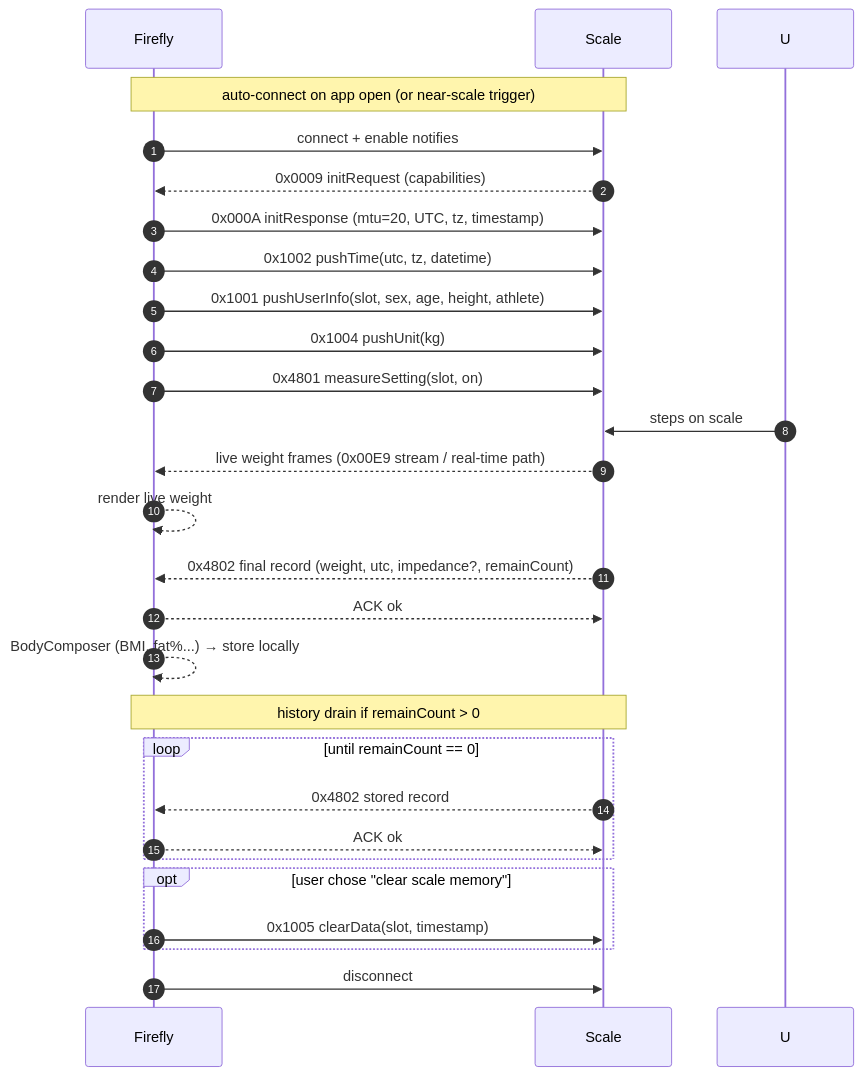
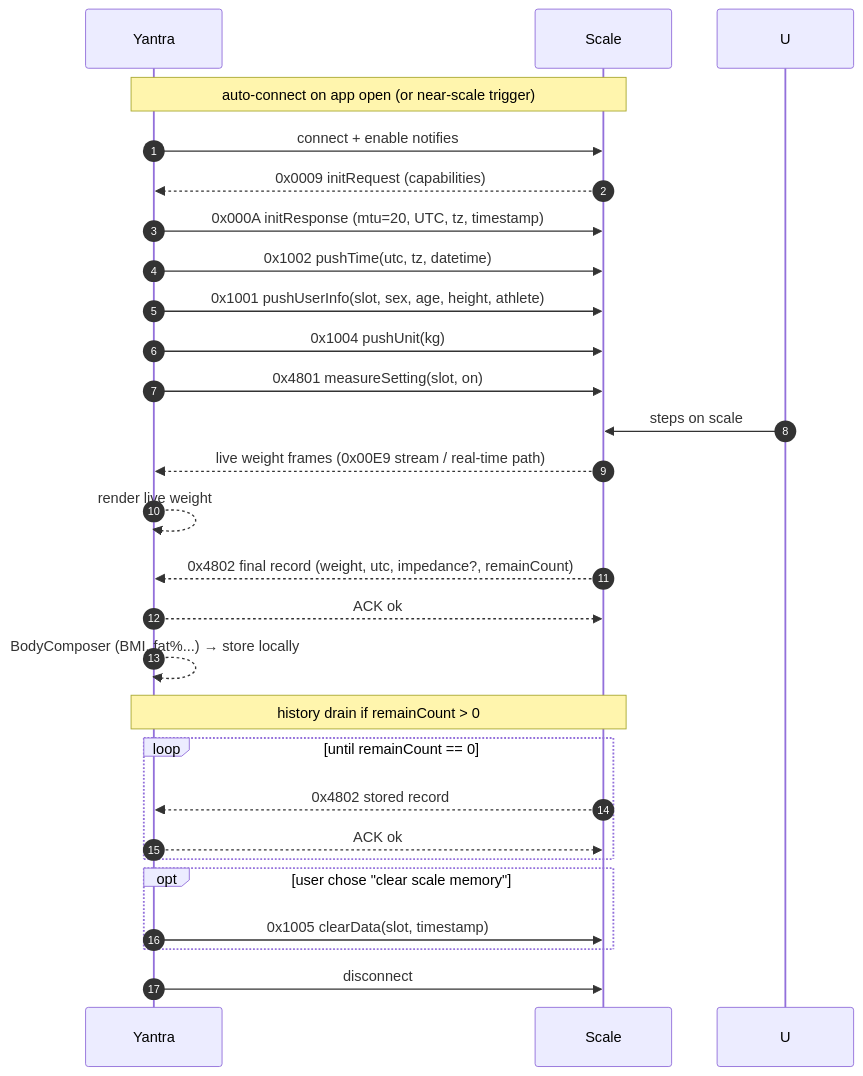
One commit to kulkahr/yantra changed the fourth of 9 diagrams in docs/DIAGRAMS.md. Above: the diagram before and after it, drawn with Mermaid. The commit also changed other lines of this file and 29 other files, not shown here.

First line of the commit message:
Rebrand Firefly to Yantra across app, tests, docs and bundle id

````diff
--- a/docs/DIAGRAMS.md
+++ b/docs/DIAGRAMS.md
@@ -111,30 +111,30 @@
 ```mermaid
 sequenceDiagram
     autonumber
-    participant App as Firefly
+    participant App as Yantra
     participant S as Scale
 
     Note over App,S: auto-connect on app open (or near-scale trigger)
     App->>S: connect + enable notifies
     S-->>App: 0x0009 initRequest (capabilities)
     App->>S: 0x000A initResponse (mtu=20, UTC, tz, timestamp)
     App->>S: 0x1002 pushTime(utc, tz, datetime)
     App->>S: 0x1001 pushUserInfo(slot, sex, age, height, athlete)
     App->>S: 0x1004 pushUnit(kg)
     App->>S: 0x4801 measureSetting(slot, on)
     U->>S: steps on scale
     S-->>App: live weight frames (0x00E9 stream / real-time path)
     App-->>App: render live weight
     S-->>App: 0x4802 final record (weight, utc, impedance?, remainCount)
     App-->>S: ACK ok
     App-->>App: BodyComposer (BMI, fat%...) → store locally
     Note over App,S: history drain if remainCount > 0
     loop until remainCount == 0
         S-->>App: 0x4802 stored record
         App-->>S: ACK ok
     end
     opt user chose "clear scale memory"
         App->>S: 0x1005 clearData(slot, timestamp)
     end
     App->>S: disconnect
 ```
````
